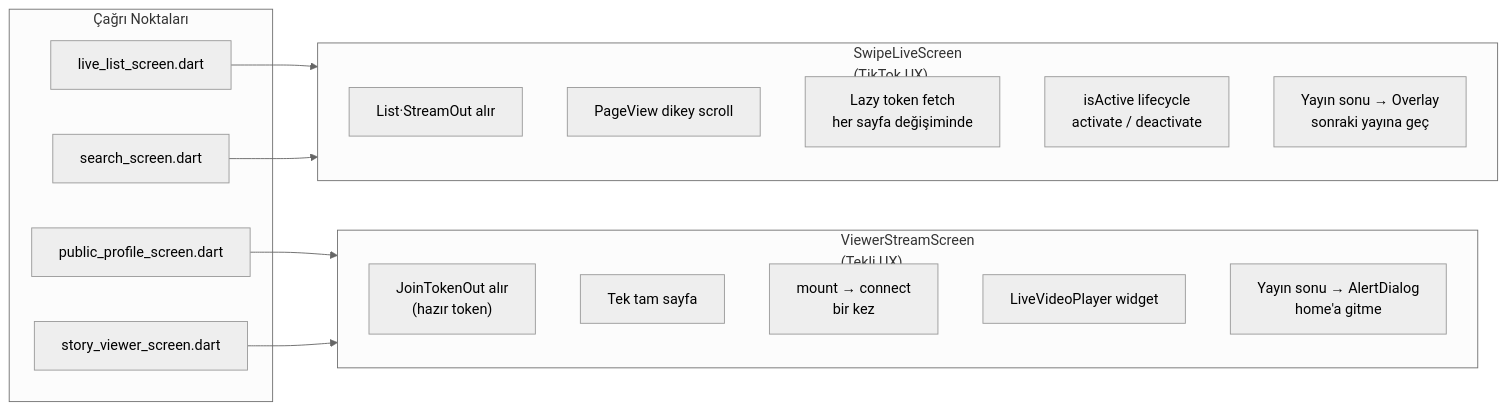
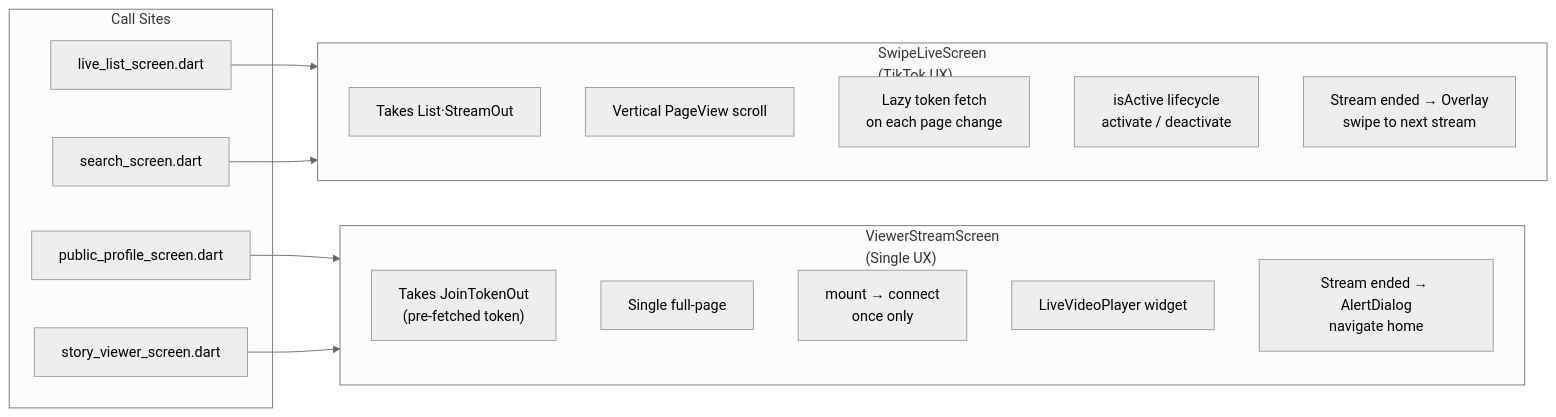
Before and after one commit to tucibeyin/teqlif: the eighth of 10 diagrams in README.md, drawn with Mermaid (neutral theme). The commit also changed other lines of this file, not shown here.

````diff
--- a/README.md
+++ b/README.md
@@ -449,30 +449,30 @@
 ```mermaid
 graph LR
     subgraph SWIPE["SwipeLiveScreen\n(TikTok UX)"]
-        S1["List·StreamOut alır"]
-        S2["PageView dikey scroll"]
-        S3["Lazy token fetch\nher sayfa değişiminde"]
+        S1["Takes List·StreamOut"]
+        S2["Vertical PageView scroll"]
+        S3["Lazy token fetch\non each page change"]
         S4["isActive lifecycle\nactivate / deactivate"]
-        S5["Yayın sonu → Overlay\nsonraki yayına geç"]
+        S5["Stream ended → Overlay\nswipe to next stream"]
     end
 
-    subgraph VIEWER["ViewerStreamScreen\n(Tekli UX)"]
-        V1["JoinTokenOut alır\n(hazır token)"]
-        V2["Tek tam sayfa"]
-        V3["mount → connect\nbir kez"]
+    subgraph VIEWER["ViewerStreamScreen\n(Single UX)"]
+        V1["Takes JoinTokenOut\n(pre-fetched token)"]
+        V2["Single full-page"]
+        V3["mount → connect\nonce only"]
         V4["LiveVideoPlayer widget"]
-        V5["Yayın sonu → AlertDialog\nhome'a gitme"]
+        V5["Stream ended → AlertDialog\nnavigate home"]
     end
 
-    subgraph CALLERS["Çağrı Noktaları"]
+    subgraph CALLERS["Call Sites"]
         LS["live_list_screen.dart"]
         SS["search_screen.dart"]
         PP["public_profile_screen.dart"]
         SV["story_viewer_screen.dart"]
     end
 
     LS --> SWIPE
     SS --> SWIPE
     PP --> VIEWER
     SV --> VIEWER
 ```
````
